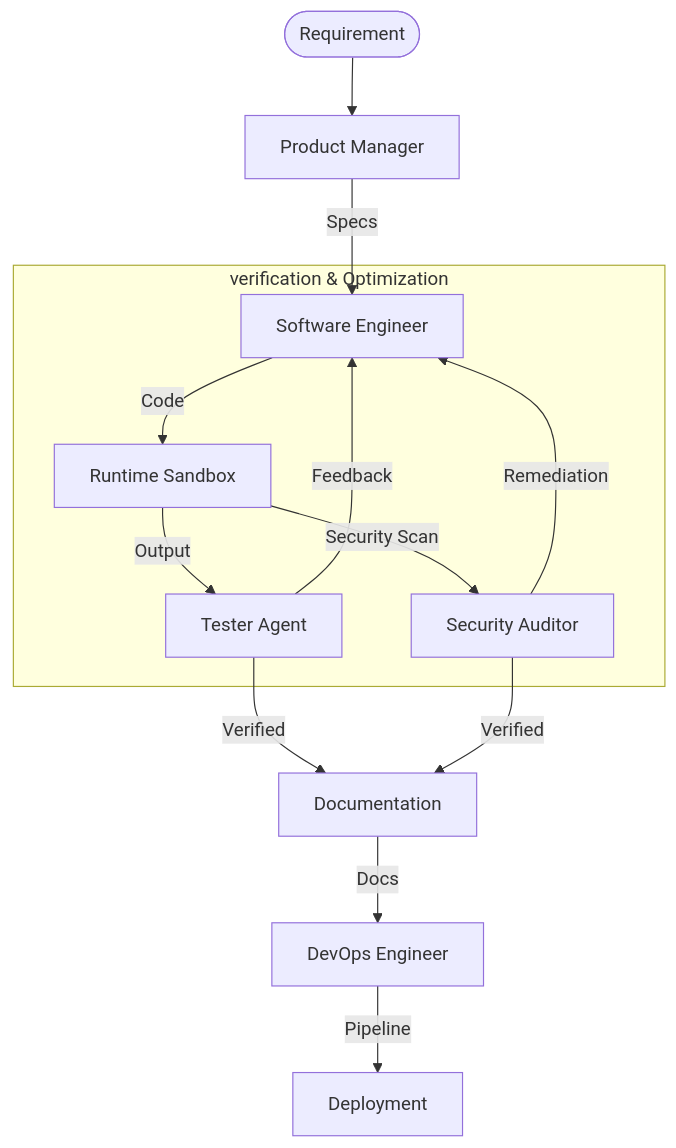
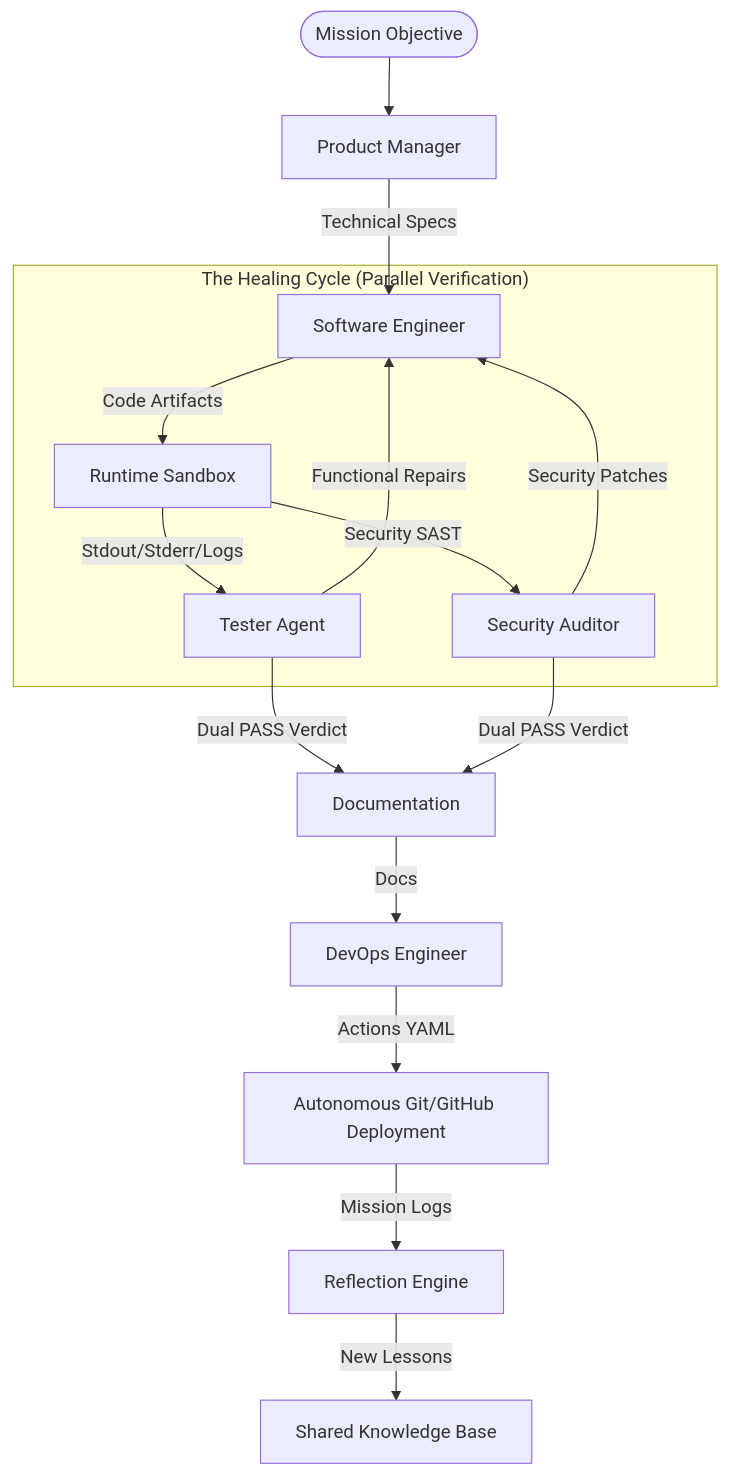
The diagram in technical_documents/WHITE_PAPER.md (shalin-rahman/Synapticity), drawn with Mermaid before and after one commit. The commit also changed other lines of this file and 37 other files, not shown here.

````diff
--- a/technical_documents/WHITE_PAPER.md
+++ b/technical_documents/WHITE_PAPER.md
@@ -21,17 +23,21 @@
 ```mermaid
 graph TD
-    User([Requirement]) --> PM[Product Manager]
-    PM -->|Specs| SWE[Software Engineer]
-    SWE -->|Code| Runner[Runtime Sandbox]
+    User([Mission Objective]) --> PM[Product Manager]
+    PM -->|Technical Specs| SWE[Software Engineer]
     
-    subgraph "verification & Optimization"
-        Runner -->|Output| QA[Tester Agent]
-        Runner -->|Security Scan| Sec[Security Auditor]
-        QA -->|Feedback| SWE
-        Sec -->|Remediation| SWE
+    subgraph "The Healing Cycle (Parallel Verification)"
+        SWE -->|Code Artifacts| Runner[Runtime Sandbox]
+        Runner -->|Stdout/Stderr/Logs| QA[Tester Agent]
+        Runner -->|Security SAST| Sec[Security Auditor]
+        
+        QA -->|Functional Repairs| SWE
+        Sec -->|Security Patches| SWE
     end
     
-    QA & Sec -->|Verified| Writer[Documentation]
+    QA & Sec -->|Dual PASS Verdict| Writer[Documentation]
     Writer -->|Docs| DevOps[DevOps Engineer]
-    DevOps -->|Pipeline| Git[Deployment]
+    DevOps -->|Actions YAML| Git[Autonomous Git/GitHub Deployment]
+    
+    Git -->|Mission Logs| Reflector[Reflection Engine]
+    Reflector -->|New Lessons| Skills[Shared Knowledge Base]
 ```
````
